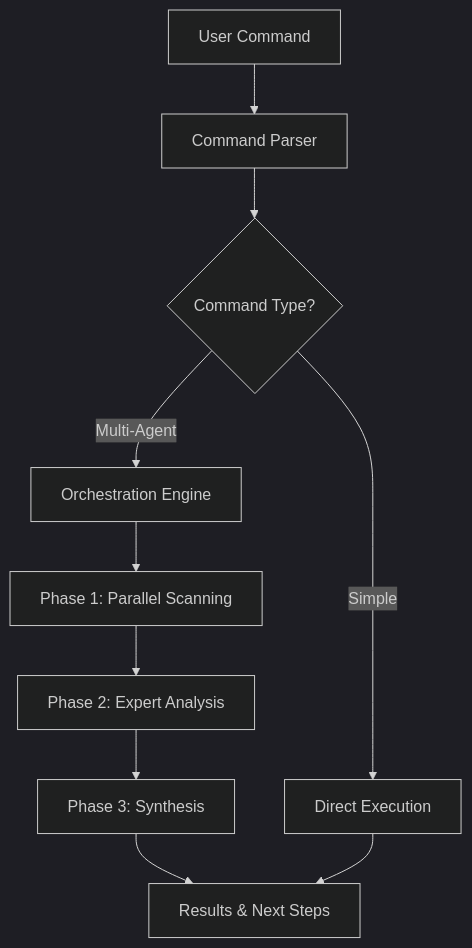
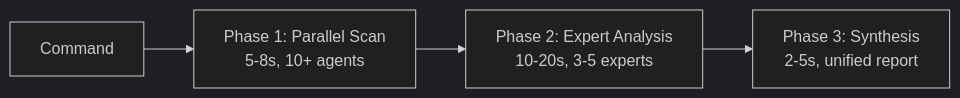
Before and after one commit to redpop/claude-code-toolkit: the diagram in docs/developer-guide/architecture.md, drawn with Mermaid (dark theme). The commit also changed other lines of this file and 38 other files, not shown here.

````diff
--- a/docs/developer-guide/architecture.md
+++ b/docs/developer-guide/architecture.md
@@ -9,12 +9,6 @@
 ```mermaid
-graph TB
-    A[User Command] --> B[Command Parser]
-    B --> C{Command Type?}
-    C -->|Simple| D[Direct Execution]
-    C -->|Multi-Agent| E[Orchestration Engine]
-    E --> F[Phase 1: Parallel Scanning]
-    F --> G[Phase 2: Expert Analysis]
-    G --> H[Phase 3: Synthesis]
-    H --> I[Results & Next Steps]
-    D --> I
+graph LR
+    A[Command] --> B[Phase 1: Parallel Scan<br/>5-8s, 10+ agents]
+    B --> C[Phase 2: Expert Analysis<br/>10-20s, 3-5 experts]
+    C --> D[Phase 3: Synthesis<br/>2-5s, unified report]
 ```
````
